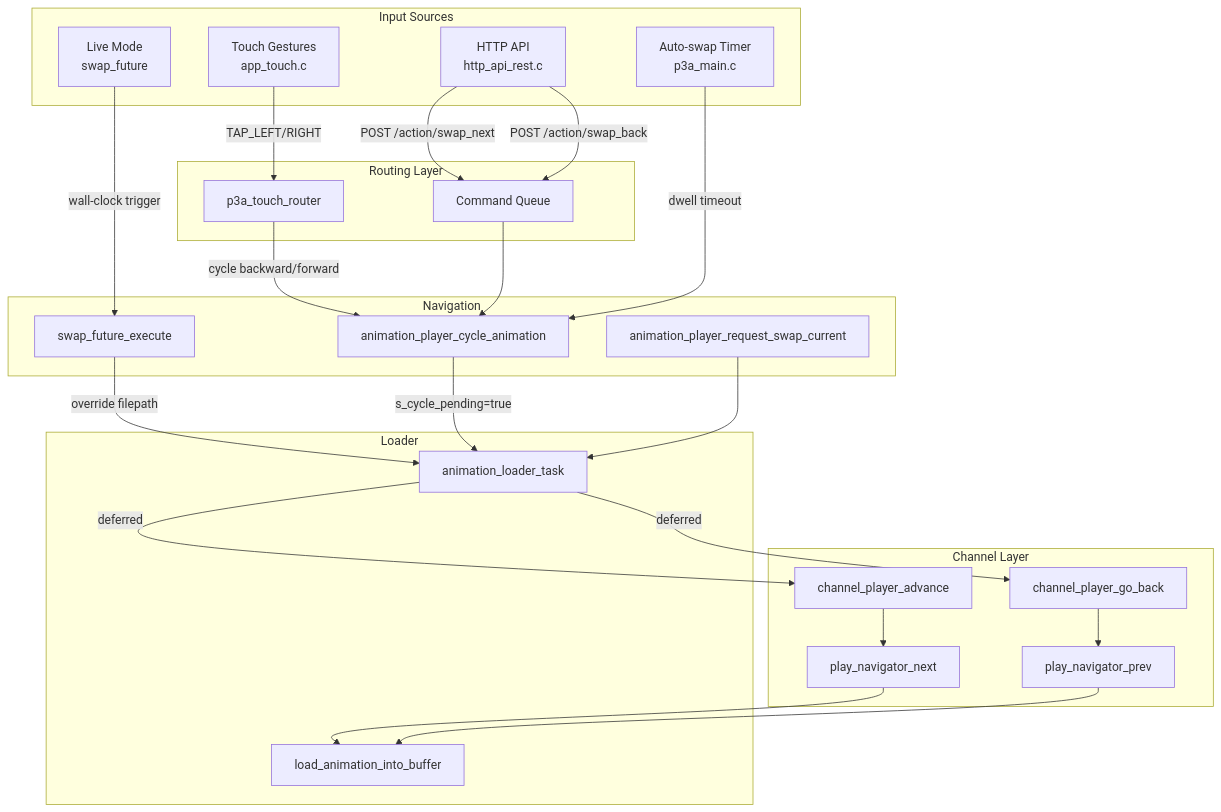
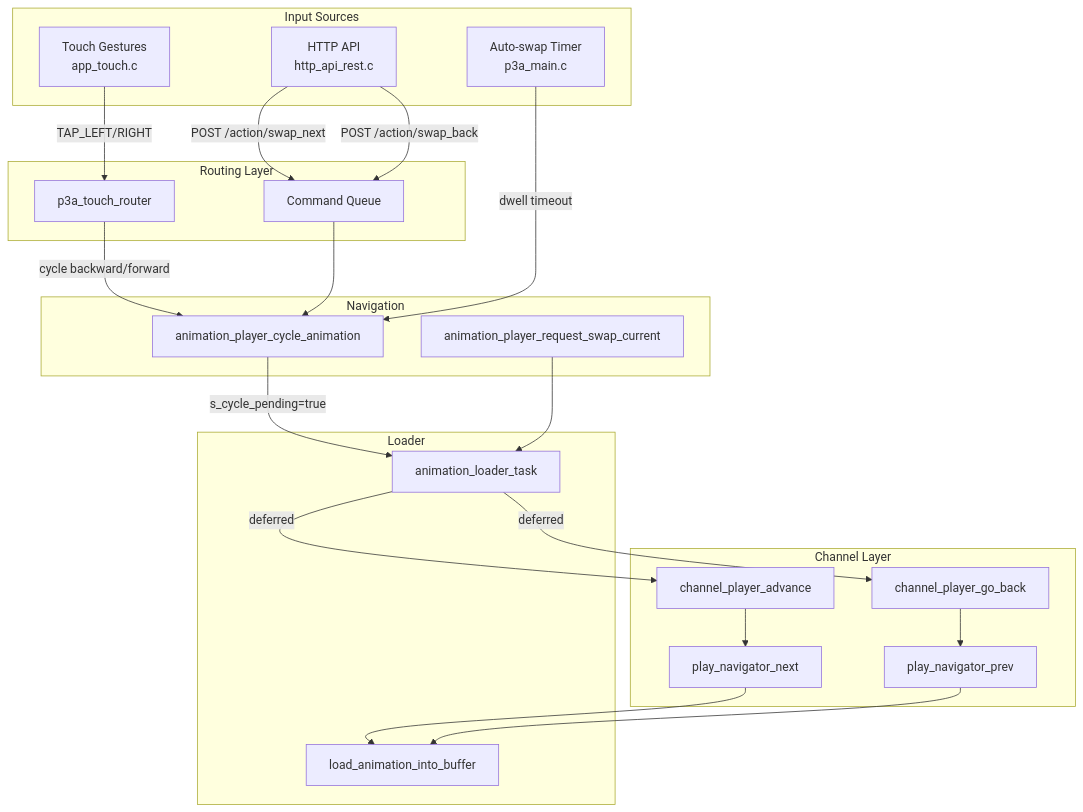
Before and after one commit to fabkury/p3a: the fifth of 7 diagrams in workspace/artwork_navigation_analysis.md, drawn with Mermaid. The commit also changed other lines of this file and 45 other files, not shown here.

First line of the commit message:
Remove Live Mode functionality and related components

````diff
--- a/workspace/artwork_navigation_analysis.md
+++ b/workspace/artwork_navigation_analysis.md
@@ -249,56 +240,51 @@
 ```mermaid
 flowchart TB
     subgraph "Input Sources"
         TOUCH[Touch Gestures<br/>app_touch.c]
         HTTP[HTTP API<br/>http_api_rest.c]
         TIMER[Auto-swap Timer<br/>p3a_main.c]
-        LIVE[Live Mode<br/>swap_future]
     end
 
     subgraph "Routing Layer"
         ROUTER[p3a_touch_router]
         CMDQ[Command Queue]
     end
 
     subgraph "Navigation"
         CYCLE[animation_player_cycle_animation]
         SWAP_CUR[animation_player_request_swap_current]
-        SWAP_FUT[swap_future_execute]
     end
 
     subgraph "Channel Layer"
         ADV[channel_player_advance]
         BACK[channel_player_go_back]
         NAV_NEXT[play_navigator_next]
         NAV_PREV[play_navigator_prev]
     end
 
     subgraph "Loader"
         LOADER[animation_loader_task]
         LOAD_BUF[load_animation_into_buffer]
     end
 
     TOUCH -->|TAP_LEFT/RIGHT| ROUTER
     ROUTER -->|cycle backward/forward| CYCLE
     
     HTTP -->|POST /action/swap_next| CMDQ
     HTTP -->|POST /action/swap_back| CMDQ
     CMDQ --> CYCLE
     
     TIMER -->|dwell timeout| CYCLE
     
-    LIVE -->|wall-clock trigger| SWAP_FUT
-    SWAP_FUT -->|override filepath| LOADER
-    
     CYCLE -->|s_cycle_pending=true| LOADER
     LOADER -->|deferred| ADV
     LOADER -->|deferred| BACK
     
     ADV --> NAV_NEXT
     BACK --> NAV_PREV
     
     NAV_NEXT --> LOAD_BUF
     NAV_PREV --> LOAD_BUF
     
     SWAP_CUR --> LOADER
 ```
````
